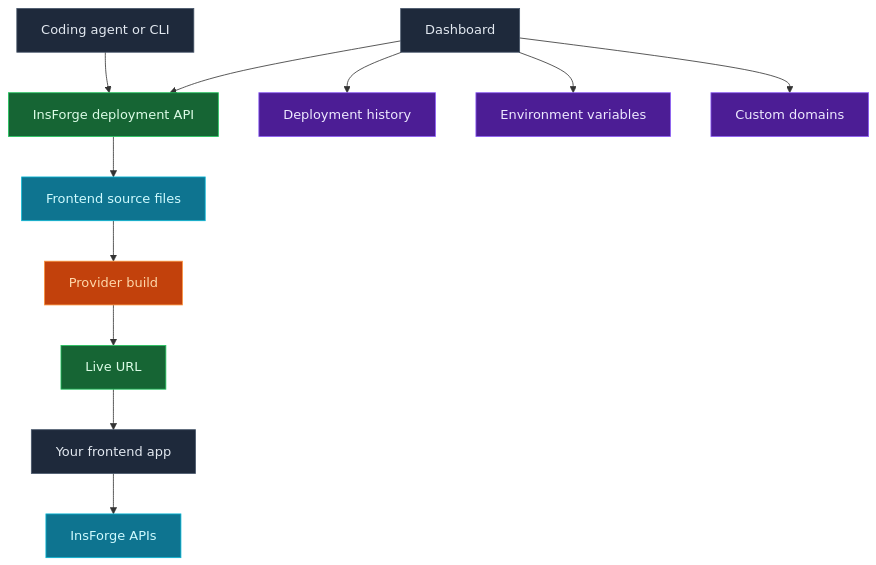
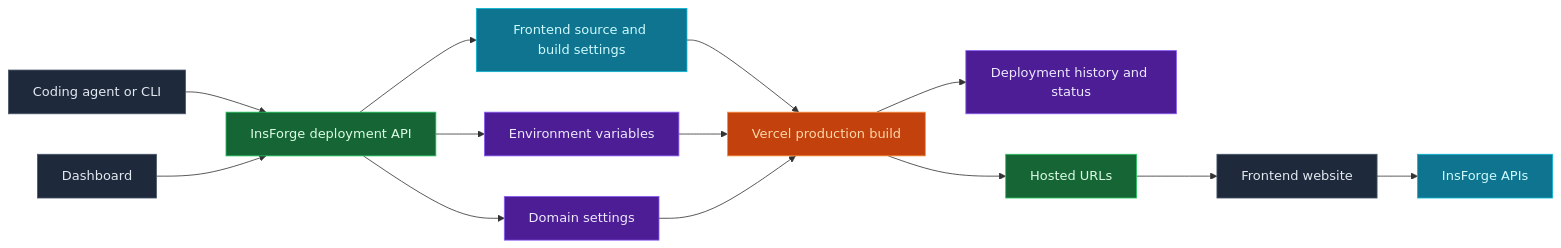
One commit to InsForge/InsForge changed the diagram in docs/core-concepts/deployments/overview.mdx. Above: the diagram before and after it, drawn with Mermaid. The commit also changed other lines of this file and 2 other files, not shown here.

````diff
--- a/docs/core-concepts/deployments/overview.mdx
+++ b/docs/core-concepts/deployments/overview.mdx
@@ -17,28 +17,30 @@
 ```mermaid
-graph TB
+flowchart LR
     Agent[Coding agent or CLI] --> API[InsForge deployment API]
     Dashboard[Dashboard] --> API
 
-    API --> Source[Frontend source files]
-    Source --> Build[Provider build]
-    Build --> URL[Live URL]
+    API --> Source[Frontend source and build settings]
+    API --> Env[Environment variables]
+    API --> Domains[Domain settings]
 
-    Dashboard --> Logs[Deployment history]
-    Dashboard --> Env[Environment variables]
-    Dashboard --> Domains[Custom domains]
+    Source --> Vercel[Vercel production build]
+    Env --> Vercel
+    Domains --> Vercel
 
-    URL --> App[Your frontend app]
+    Vercel --> History[Deployment history and status]
+    Vercel --> URL[Hosted URLs]
+    URL --> App[Frontend website]
     App --> Project[InsForge APIs]
 
     style Agent fill:#1e293b,stroke:#475569,color:#e2e8f0
     style Dashboard fill:#1e293b,stroke:#475569,color:#e2e8f0
     style API fill:#166534,stroke:#22c55e,color:#dcfce7
     style Source fill:#0e7490,stroke:#06b6d4,color:#cffafe
-    style Build fill:#c2410c,stroke:#fb923c,color:#fed7aa
-    style URL fill:#166534,stroke:#22c55e,color:#dcfce7
-    style Logs fill:#4c1d95,stroke:#8b5cf6,color:#ede9fe
     style Env fill:#4c1d95,stroke:#8b5cf6,color:#ede9fe
     style Domains fill:#4c1d95,stroke:#8b5cf6,color:#ede9fe
+    style Vercel fill:#c2410c,stroke:#fb923c,color:#fed7aa
+    style History fill:#4c1d95,stroke:#8b5cf6,color:#ede9fe
+    style URL fill:#166534,stroke:#22c55e,color:#dcfce7
     style App fill:#1e293b,stroke:#475569,color:#e2e8f0
     style Project fill:#0e7490,stroke:#06b6d4,color:#cffafe
 ```
````
